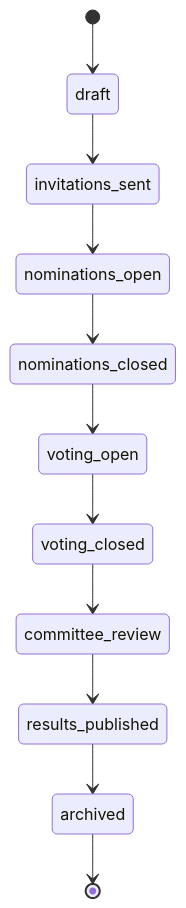
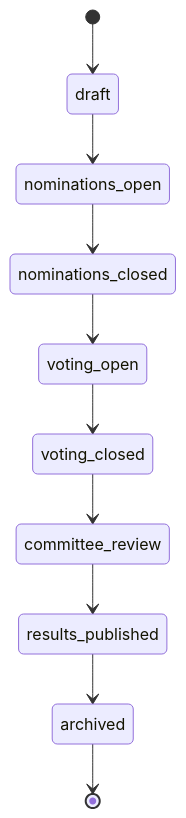
The diagram in docs/edition-lifecycle.md (soma-labs/rominas-api), drawn with Mermaid before and after one commit. The commit also changed other lines of this file and 19 other files, not shown here.

````diff
--- a/docs/edition-lifecycle.md
+++ b/docs/edition-lifecycle.md
@@ -14,13 +14,12 @@
 ```mermaid
 stateDiagram-v2
     [*] --> draft
-    draft --> invitations_sent
-    invitations_sent --> nominations_open
+    draft --> nominations_open
     nominations_open --> nominations_closed
     nominations_closed --> voting_open
     voting_open --> voting_closed
     voting_closed --> committee_review
     committee_review --> results_published
     results_published --> archived
     archived --> [*]
 ```
````
